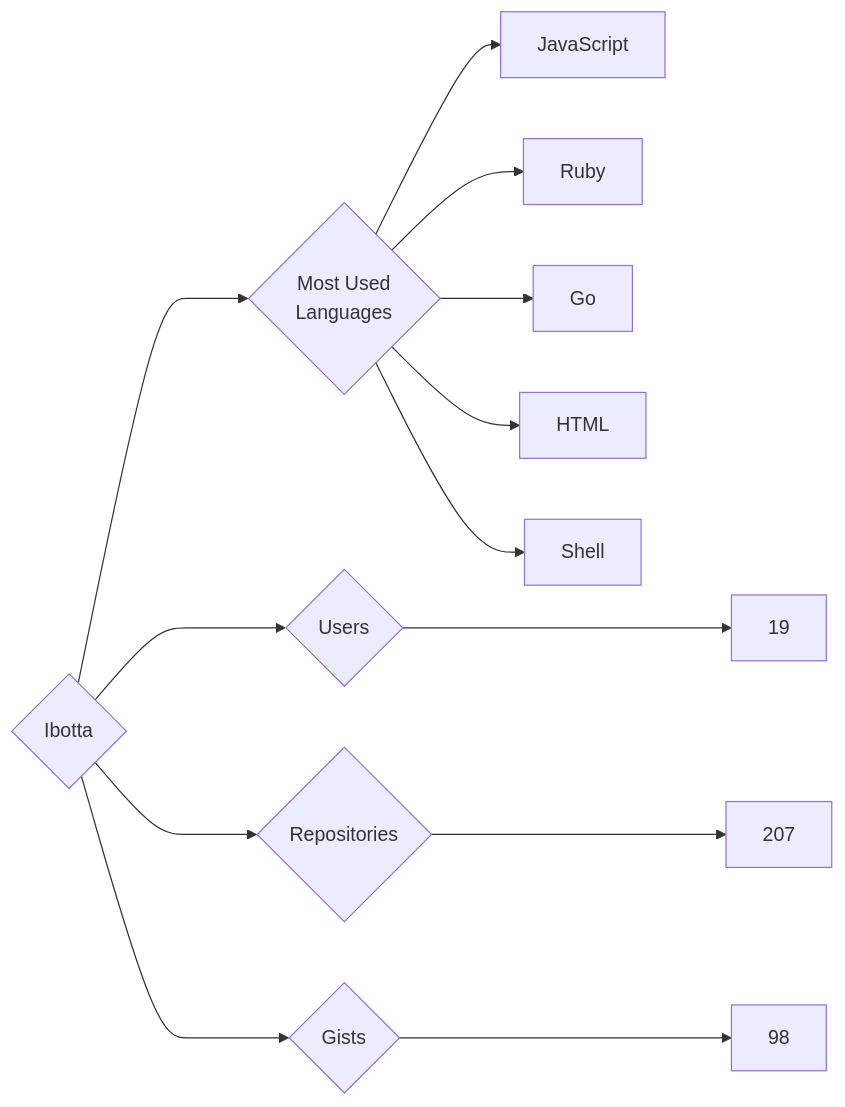
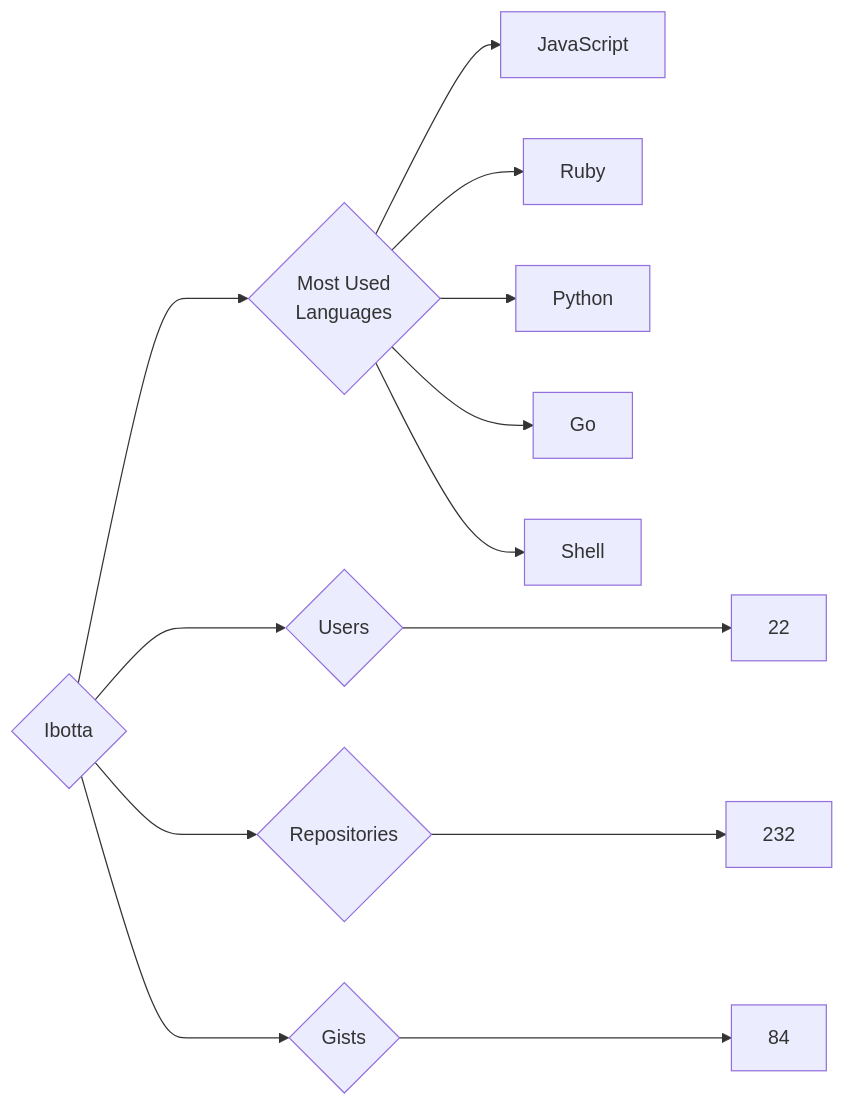
The diagram in targets/Ibotta/README.md (trickest/insiders), drawn with Mermaid before and after one commit. The commit also changed 870 other files, not shown here.

````diff
--- a/targets/Ibotta/README.md
+++ b/targets/Ibotta/README.md
@@ -3,13 +3,13 @@
 ```mermaid
 graph LR
 COMPANY_NAME{Ibotta}
-COMPANY_NAME ---> U{Users} ---> UN[19]
-COMPANY_NAME ---> R{Repositories} ---> RN[207]
-COMPANY_NAME ---> G{Gists} ---> GN[98]
+COMPANY_NAME ---> U{Users} ---> UN[22]
+COMPANY_NAME ---> R{Repositories} ---> RN[232]
+COMPANY_NAME ---> G{Gists} ---> GN[84]
 COMPANY_NAME ---> ML{Most Used<br>Languages}
 ML --> JavaScript[JavaScript]
 ML --> Ruby[Ruby]
+ML --> Python[Python]
 ML --> Go[Go]
-ML --> HTML[HTML]
 ML --> Shell[Shell]
 ```
````
